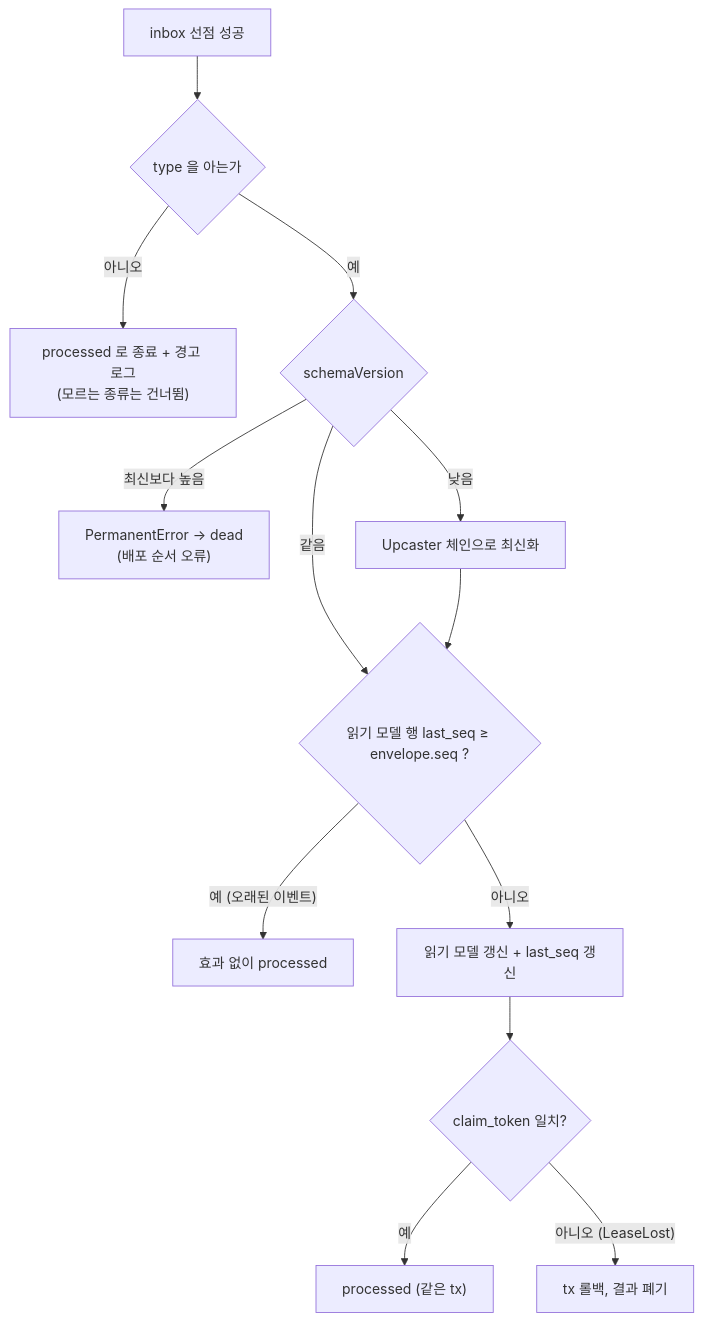
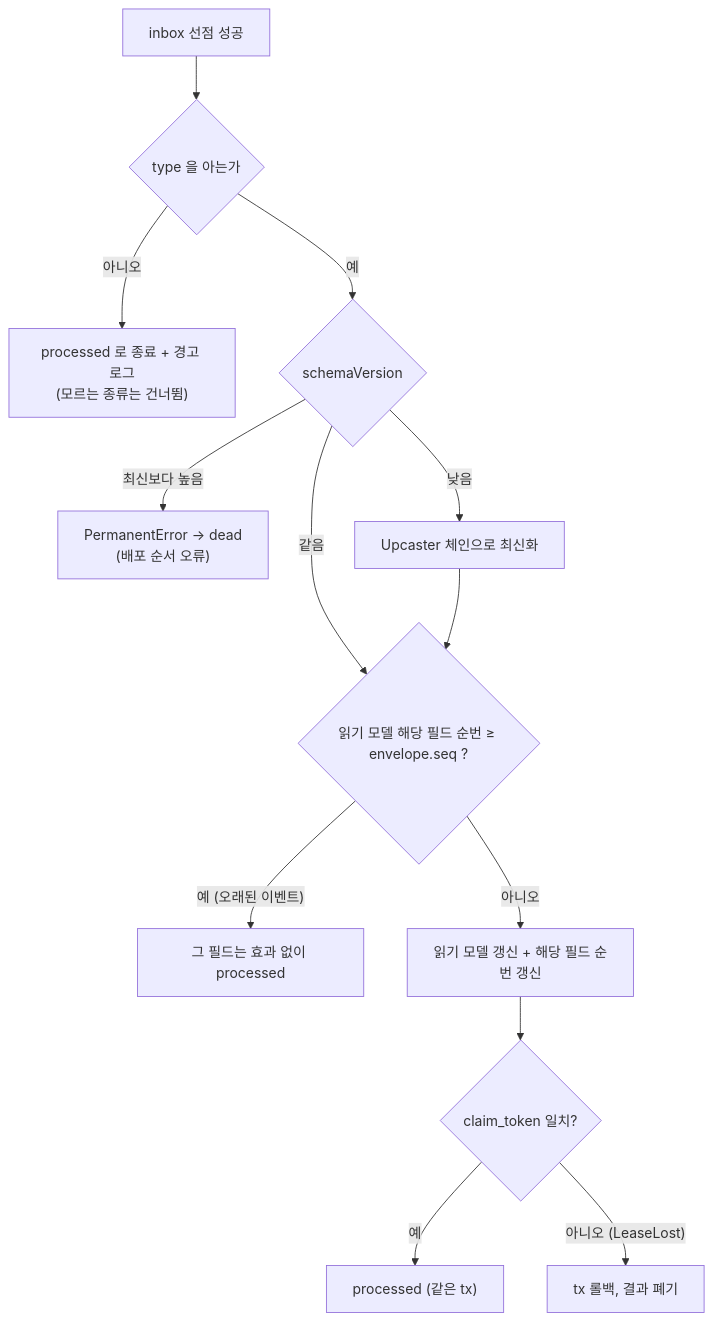
The fifth of 6 diagrams in docs/design/05-event-catalog.md (1985jwlee/portpolio_backend), drawn with Mermaid before and after one commit. The commit also changed other lines of this file and 33 other files, not shown here.

````diff
--- a/docs/design/05-event-catalog.md
+++ b/docs/design/05-event-catalog.md
@@ -194,15 +195,15 @@
 ```mermaid
 flowchart TD
     A["inbox 선점 성공"] --> B{"type 을 아는가"}
     B -- "아니오" --> S1["processed 로 종료 + 경고 로그<br/>(모르는 종류는 건너뜀)"]
     B -- "예" --> C{"schemaVersion"}
     C -- "최신보다 높음" --> F1["PermanentError → dead<br/>(배포 순서 오류)"]
     C -- "낮음" --> UP["Upcaster 체인으로 최신화"]
     C -- "같음" --> D
-    UP --> D{"읽기 모델 행 last_seq ≥ envelope.seq ?"}
-    D -- "예 (오래된 이벤트)" --> S2["효과 없이 processed"]
-    D -- "아니오" --> E["읽기 모델 갱신 + last_seq 갱신"]
+    UP --> D{"읽기 모델 해당 필드 순번 ≥ envelope.seq ?"}
+    D -- "예 (오래된 이벤트)" --> S2["그 필드는 효과 없이 processed"]
+    D -- "아니오" --> E["읽기 모델 갱신 + 해당 필드 순번 갱신"]
     E --> G{"claim_token 일치?"}
     G -- "예" --> OK["processed (같은 tx)"]
     G -- "아니오 (LeaseLost)" --> R["tx 롤백, 결과 폐기"]
 ```
````
